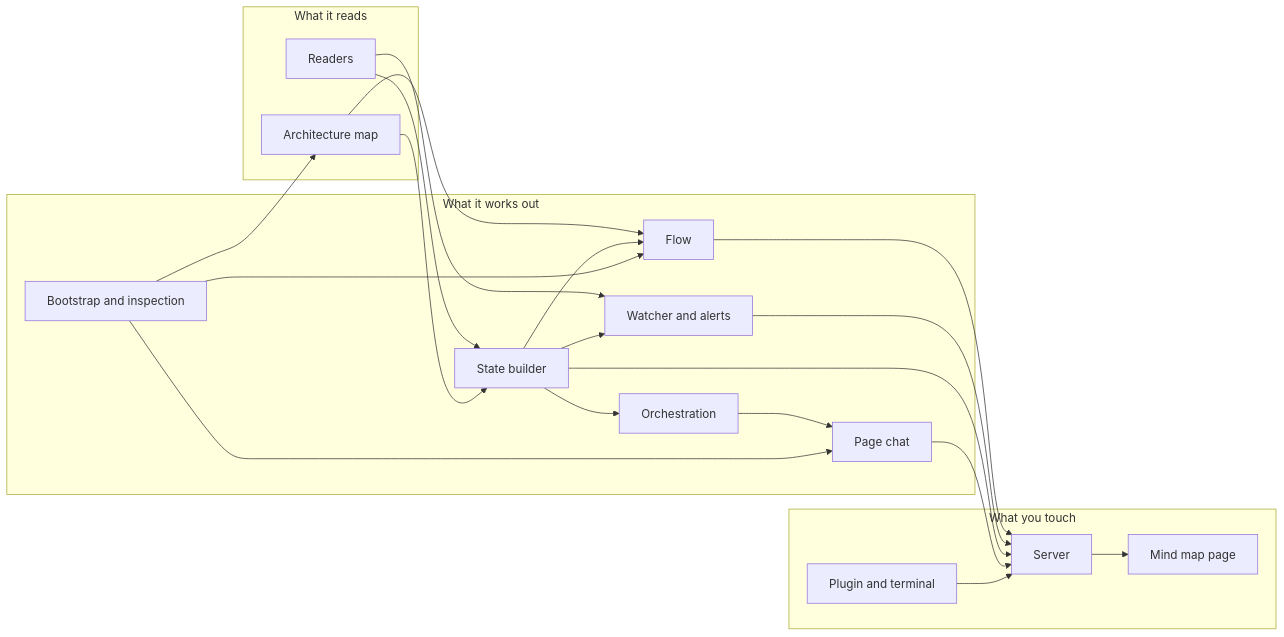
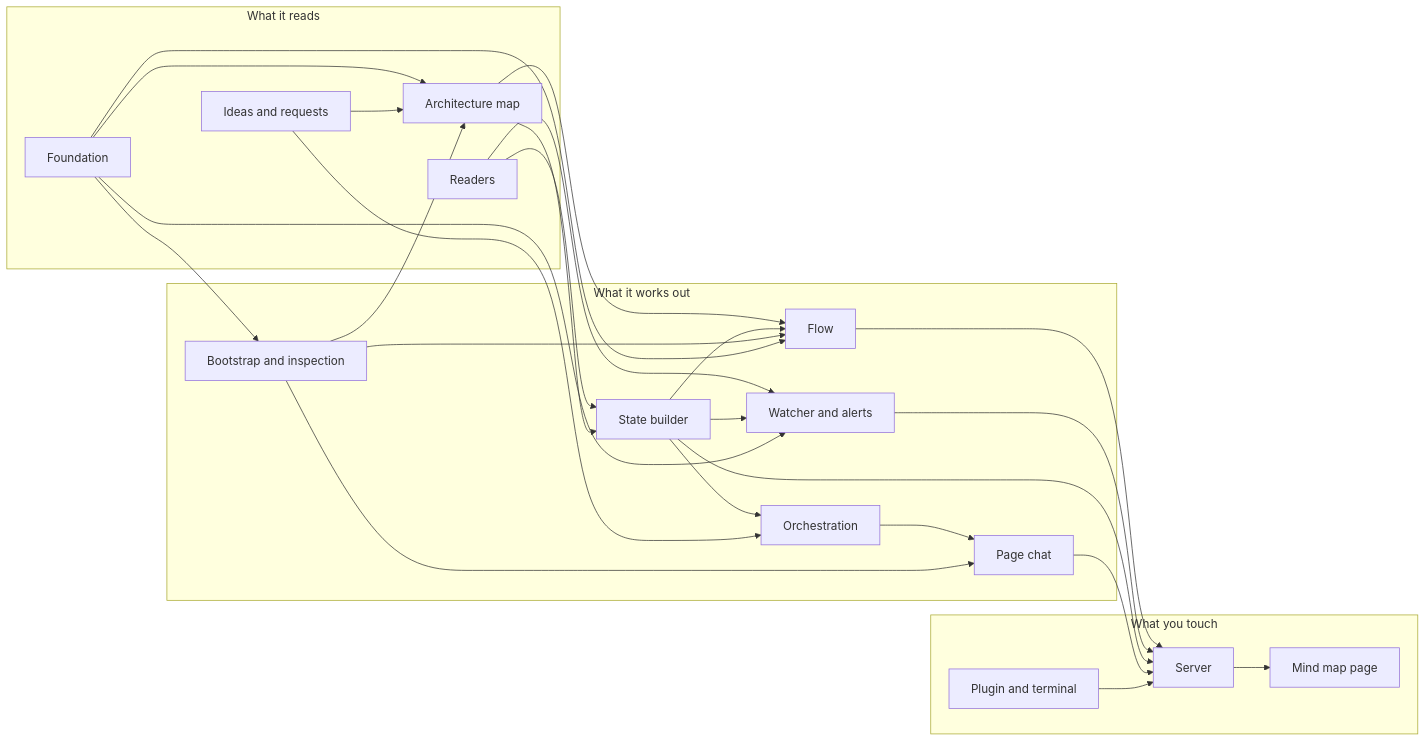
Before and after one commit to dan-abreu/session-map: the diagram in docs/architecture/README.md, drawn with Mermaid. The commit also changed other lines of this file and 8 other files, not shown here.

````diff
--- a/docs/architecture/README.md
+++ b/docs/architecture/README.md
@@ -7,37 +7,45 @@
 ```mermaid
 flowchart LR
     subgraph sources["What it reads"]
         RD[Readers]
         AM[Architecture map]
+        FD[Foundation]
+        ID[Ideas and requests]
     end
     subgraph engine["What it works out"]
         SB[State builder]
         PC[Page chat]
         FL[Flow]
         OR[Orchestration]
         WA[Watcher and alerts]
         BI[Bootstrap and inspection]
     end
     subgraph surface["What you touch"]
         SV[Server]
         MM[Mind map page]
         PL[Plugin and terminal]
     end
     RD --> SB
     AM --> SB
     AM --> FL
     SB --> FL
     RD --> WA
     SB --> WA
     SB --> OR
     OR --> PC
     BI --> PC
     BI --> AM
     BI --> FL
     FL --> SV
     WA --> SV
     SB --> SV
     PC --> SV
     SV --> MM
     PL --> SV
+    FD --> AM
+    FD --> FL
+    FD --> BI
+    FD --> WA
+    ID --> AM
+    ID --> OR
 ```
````
